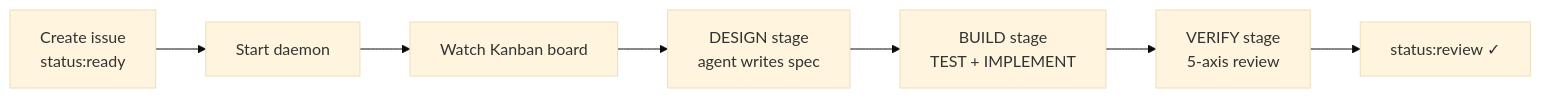
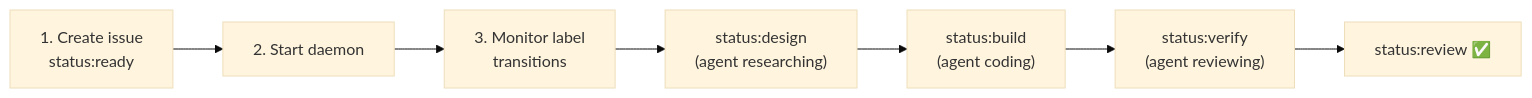
Before and after one commit to samdharma/ralph_loop: the second of 3 diagrams in docs/system_test.md, drawn with Mermaid (base theme). The commit also changed other lines of this file, not shown here.

First line of the commit message:
[ralph] docs: rewrite system_test.md for real agent + real GitHub

````diff
--- a/docs/system_test.md
+++ b/docs/system_test.md
@@ -942,9 +433,9 @@
 ```mermaid
 flowchart LR
-    Issue["Create issue<br/>status:ready"] --> Daemon["Start daemon"]
-    Daemon --> Watch["Watch Kanban board"]
-    Watch --> Design["DESIGN stage<br/>agent writes spec"]
-    Design --> Build["BUILD stage<br/>TEST + IMPLEMENT"]
-    Build --> Verify["VERIFY stage<br/>5-axis review"]
-    Verify --> Review["status:review ✓"]
+    Create["1. Create issue<br/>status:ready"] --> Start["2. Start daemon"]
+    Start --> Monitor["3. Monitor label<br/>transitions"]
+    Monitor --> Design["status:design<br/>(agent researching)"]
+    Design --> Build["status:build<br/>(agent coding)"]
+    Build --> Verify["status:verify<br/>(agent reviewing)"]
+    Verify --> Review["status:review ✅"]
 ```
````
